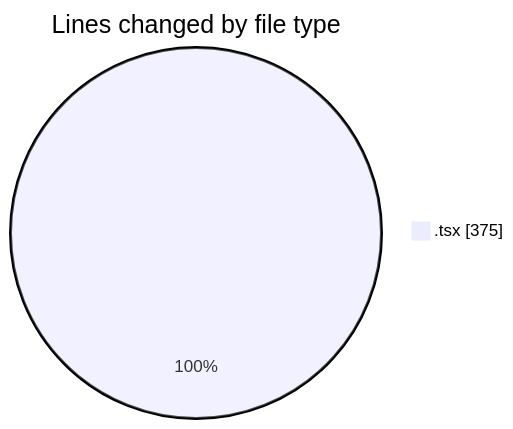
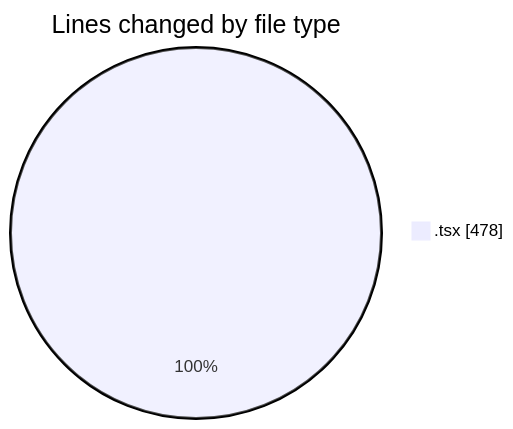
The first of 2 diagrams in 2025-08-20/napxuvn/README.md (lephambinh05/code-tracking), drawn with Mermaid before and after one commit. The commit also changed other lines of this file and 1 other file, not shown here.

````diff
--- a/2025-08-20/napxuvn/README.md
+++ b/2025-08-20/napxuvn/README.md
@@ -29,5 +29,5 @@
 ```mermaid
 pie showData
 title Lines changed by file type
-".tsx" : 375
+".tsx" : 478
 ```
````
